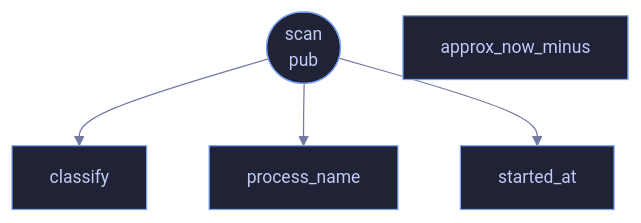
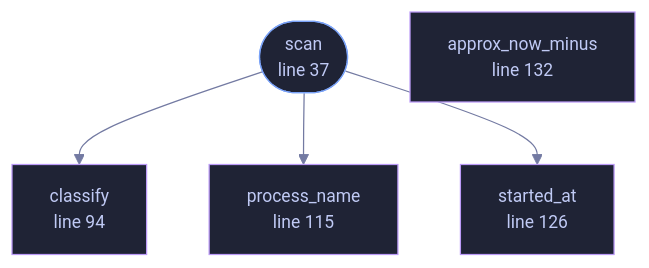
One commit to tilas01/veilvoice changed the diagram in wiki/File-veilvoice-watch-linux.md. Above: the diagram before and after it, drawn with Mermaid. The commit also changed other lines of this file and 182 other files, not shown here.

````diff
--- a/wiki/File-veilvoice-watch-linux.md
+++ b/wiki/File-veilvoice-watch-linux.md
@@ -48,12 +59,16 @@
 ```mermaid
 %%{init: {"theme":"base","themeVariables":{"background":"#1a1b26","primaryColor":"#1f2335","primaryTextColor":"#c0caf5","primaryBorderColor":"#7aa2f7","secondaryColor":"#16161e","tertiaryColor":"#16161e","lineColor":"#737aa2","textColor":"#c0caf5","mainBkg":"#1f2335","nodeBorder":"#7aa2f7","clusterBkg":"#16161e","clusterBorder":"#2f3549","fontFamily":"ui-monospace, SFMono-Regular, Consolas, monospace","fontSize":"14px"}}}%%
 flowchart TD
-    n_scan(["scan<br/>pub"])
-    n_classify["classify"]
-    n_process_name["process_name"]
-    n_started_at["started_at"]
-    n_approx_now_minus["approx_now_minus"]
+    n_scan(["scan<br/>line 37"])
+    n_classify["classify<br/>line 94"]
+    n_process_name["process_name<br/>line 115"]
+    n_started_at["started_at<br/>line 126"]
+    n_approx_now_minus["approx_now_minus<br/>line 132"]
     n_scan --> n_classify
     n_scan --> n_process_name
     n_scan --> n_started_at
+    classDef entry fill:#1f2335,stroke:#7aa2f7,color:#c0caf5
+    class n_scan entry
+    classDef helper fill:#1f2335,stroke:#bb9af7,color:#c0caf5
+    class n_classify,n_process_name,n_started_at,n_approx_now_minus helper
 ```
````
